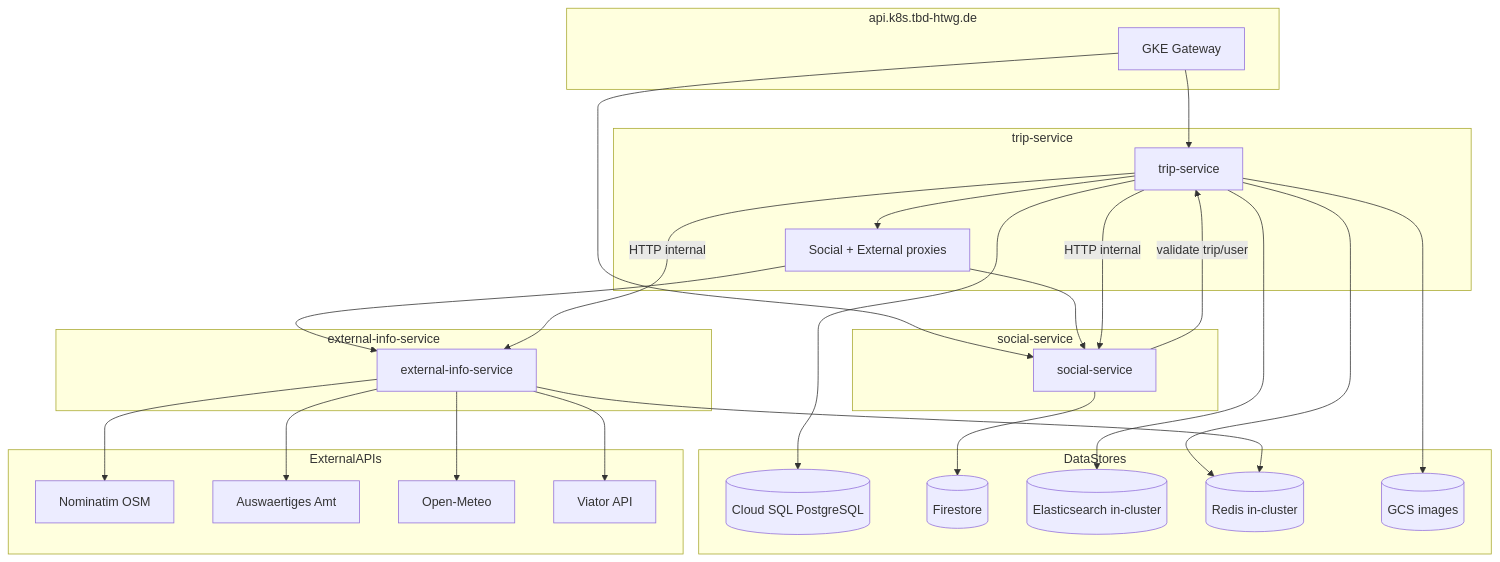
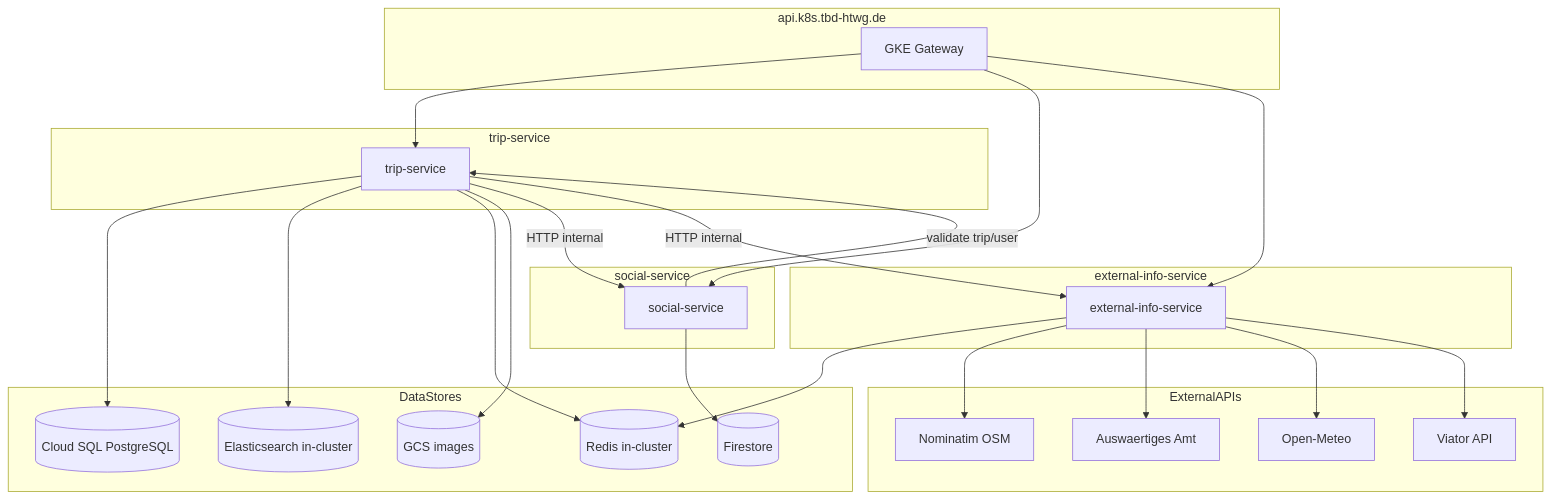
The third of 4 diagrams in ms2/docs/gettingstarted/STATE.md (tbd-htwg/infrastructure), drawn with Mermaid before and after one commit. The commit also changed other lines of this file and 3 other files, not shown here.

````diff
--- a/ms2/docs/gettingstarted/STATE.md
+++ b/ms2/docs/gettingstarted/STATE.md
@@ -170,56 +174,53 @@
 ```mermaid
 flowchart TB
   subgraph Gateway["api.k8s.tbd-htwg.de"]
     GW[GKE Gateway]
   end
 
   subgraph TripNS["trip-service"]
     Trip[trip-service]
-    Proxy[Social + External proxies]
   end
 
   subgraph SocialNS["social-service"]
     Social[social-service]
   end
 
   subgraph ExtNS["external-info-service"]
     Ext[external-info-service]
   end
 
   subgraph DataStores
     PG[(Cloud SQL PostgreSQL)]
     FS[(Firestore)]
     ES[(Elasticsearch in-cluster)]
     Redis[(Redis in-cluster)]
     GCS[(GCS images)]
   end
 
   subgraph ExternalAPIs
     Nominatim[Nominatim OSM]
     Amt[Auswaertiges Amt]
     Meteo[Open-Meteo]
     Viator[Viator API]
   end
 
   GW --> Trip
   GW --> Social
-  Trip --> Proxy
-  Proxy --> Social
-  Proxy --> Ext
+  GW --> Ext
 
   Trip --> PG
   Trip --> ES
   Trip --> Redis
   Trip --> GCS
   Trip -->|HTTP internal| Social
   Trip -->|HTTP internal| Ext
 
   Social --> FS
   Social -->|validate trip/user| Trip
 
   Ext --> Redis
   Ext --> Nominatim
   Ext --> Amt
   Ext --> Meteo
   Ext --> Viator
 ```
````
